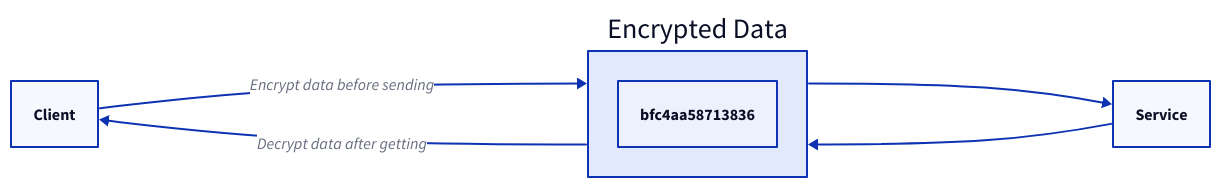
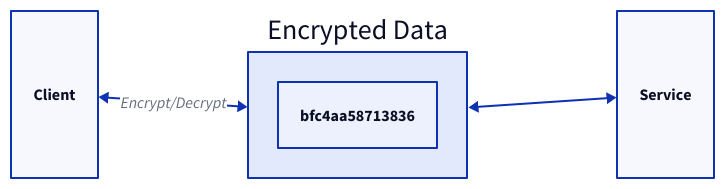
Before and after one commit to link1905/system-design-101: diagram 13 of 13 in content/system-administration/system-protection/data-security.md, drawn with D2. The commit also changed other lines of this file and 42 other files, not shown here.

````diff
--- a/content/system-administration/system-protection/data-security.md
+++ b/content/system-administration/system-protection/data-security.md
@@ -645,16 +636,15 @@
 ```d2
-direction: right
+grid-rows: 1
+horizontal-gap: 150
 c: Client {
   class: client
+}
+ed: Encrypted Data {
+  bfc4aa58713836
 }
 s: Service {
   class: server
 }
-ed: Encrypted Data {
-  bfc4aa58713836
-}
-c -> ed: Encrypt data before sending
-ed -> s
-ed <- s
-c <- ed: Decrypt data after getting
+c <-> ed: Encrypt/Decrypt
+ed <-> s
 ```
````
